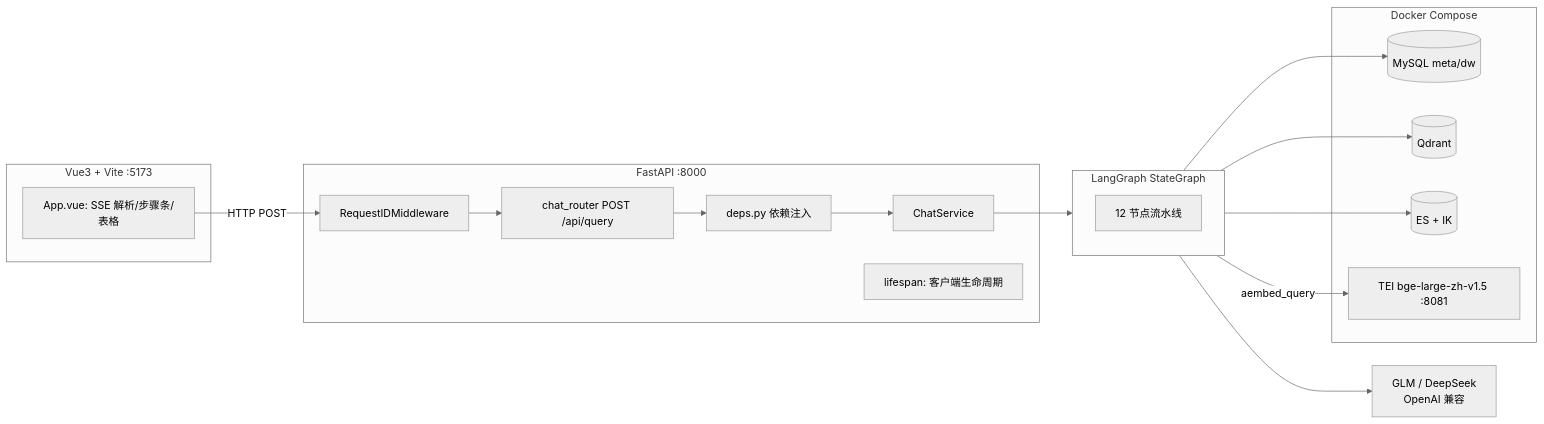
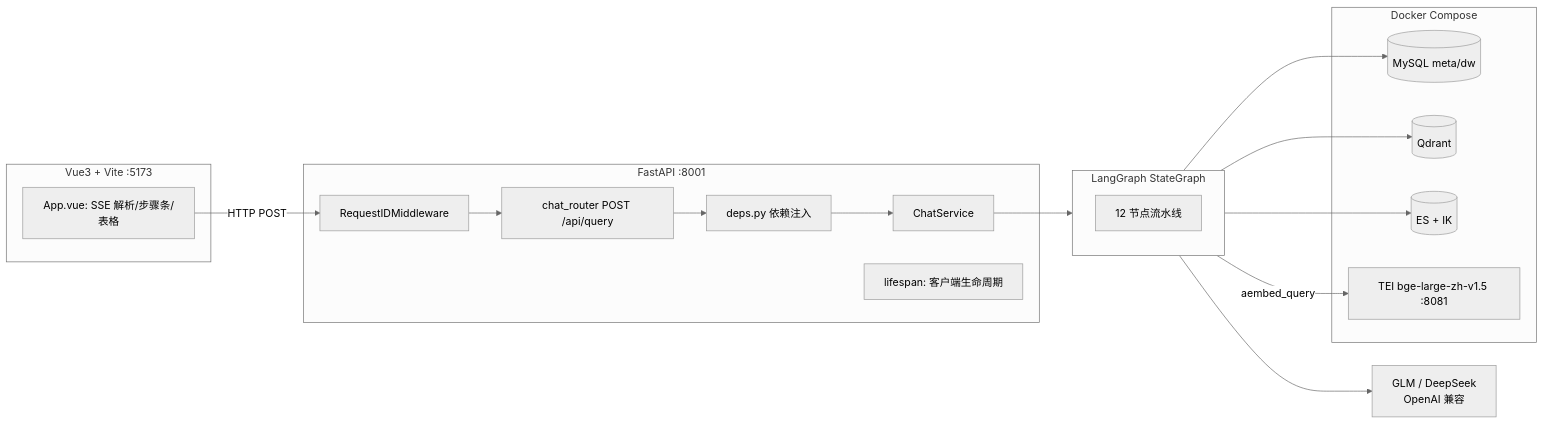
The first of 2 diagrams in docs/开发文档.md (allanlvbaba/data_agent), drawn with Mermaid (neutral theme) before and after one commit. The commit also changed other lines of this file and 2 other files, not shown here.

Commit message:
fix: 后端端口 8000→8001,规避系统僵尸监听导致的请求黑洞
- 现象:前后端启动后,后端控制台无日志、前端无最终结果
- 根因:127.0.0.1:8000 存在两个僵尸 LISTENING(PID 11268/43196,
  进程已死但 WinSock 条目未回收,疑似 fastapi dev 异常退出/WSL 泄漏),
  vite 代理的连接被幽灵接管,真实后端收不到任何请求
- 处置:vite 代理与后端迁移至 8001,端到端 SSE 验证通过
  (12 个事件,含最终 result 表格);文档端口引用同步更新

````diff
--- a/docs/开发文档.md
+++ b/docs/开发文档.md
@@ -16,25 +16,25 @@
 ```mermaid
 flowchart LR
     subgraph FE[Vue3 + Vite :5173]
         AV[App.vue: SSE 解析/步骤条/表格]
     end
-    subgraph BE[FastAPI :8000]
+    subgraph BE[FastAPI :8001]
         MW[RequestIDMiddleware] --> RT[chat_router POST /api/query]
         RT --> DEPS[deps.py 依赖注入] --> CS[ChatService]
         LS[lifespan: 客户端生命周期]
     end
     subgraph AGENT[LangGraph StateGraph]
         N[12 节点流水线]
     end
     subgraph INFRA[Docker Compose]
         MY[(MySQL meta/dw)]
         QD[(Qdrant)]
         ES[(ES + IK)]
         TEI[TEI bge-large-zh-v1.5 :8081]
     end
     LLM[GLM / DeepSeek<br/>OpenAI 兼容]
     AV -->|HTTP POST| MW
     CS --> AGENT
     AGENT --> MY & QD & ES & LLM
     AGENT -->|aembed_query| TEI
 ```
````
